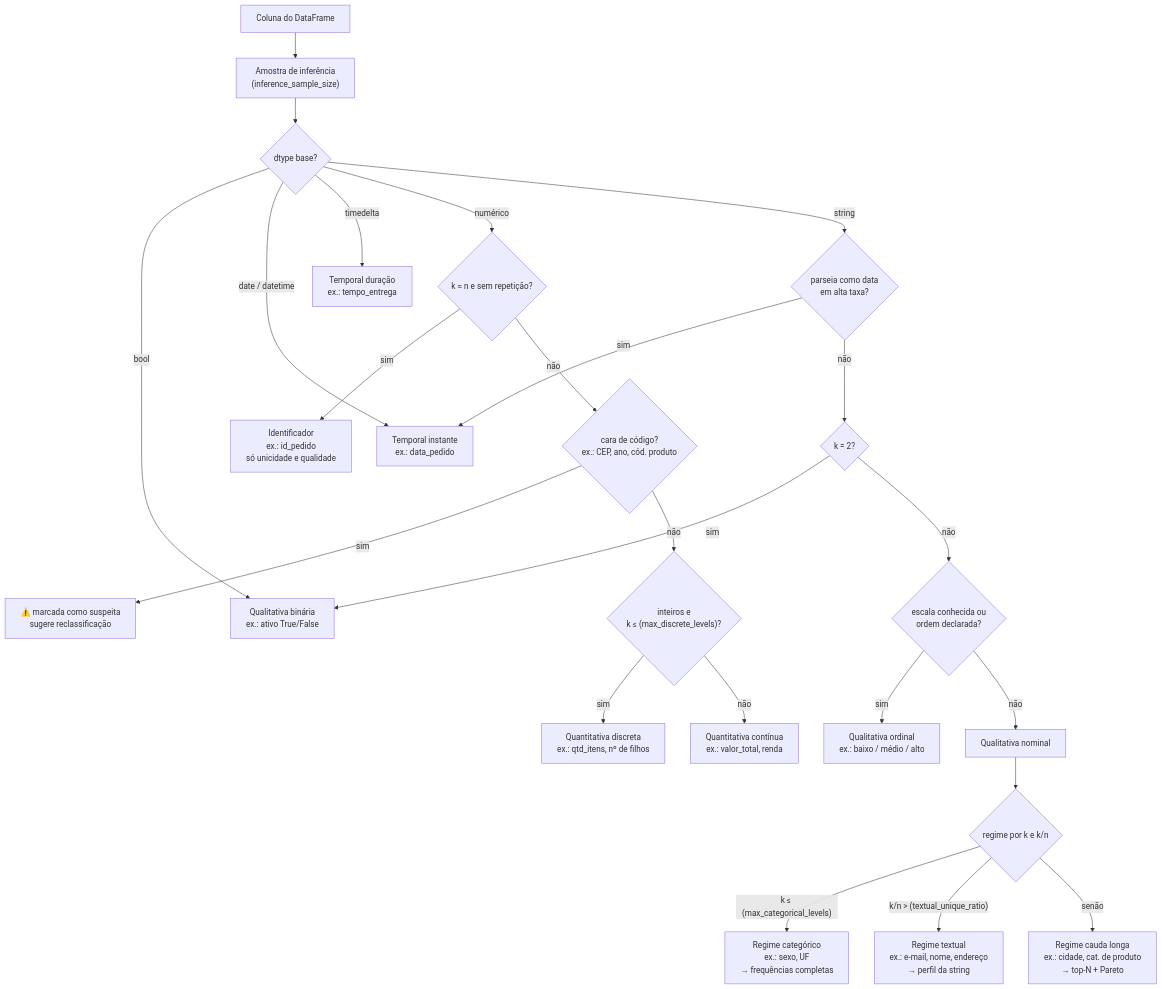
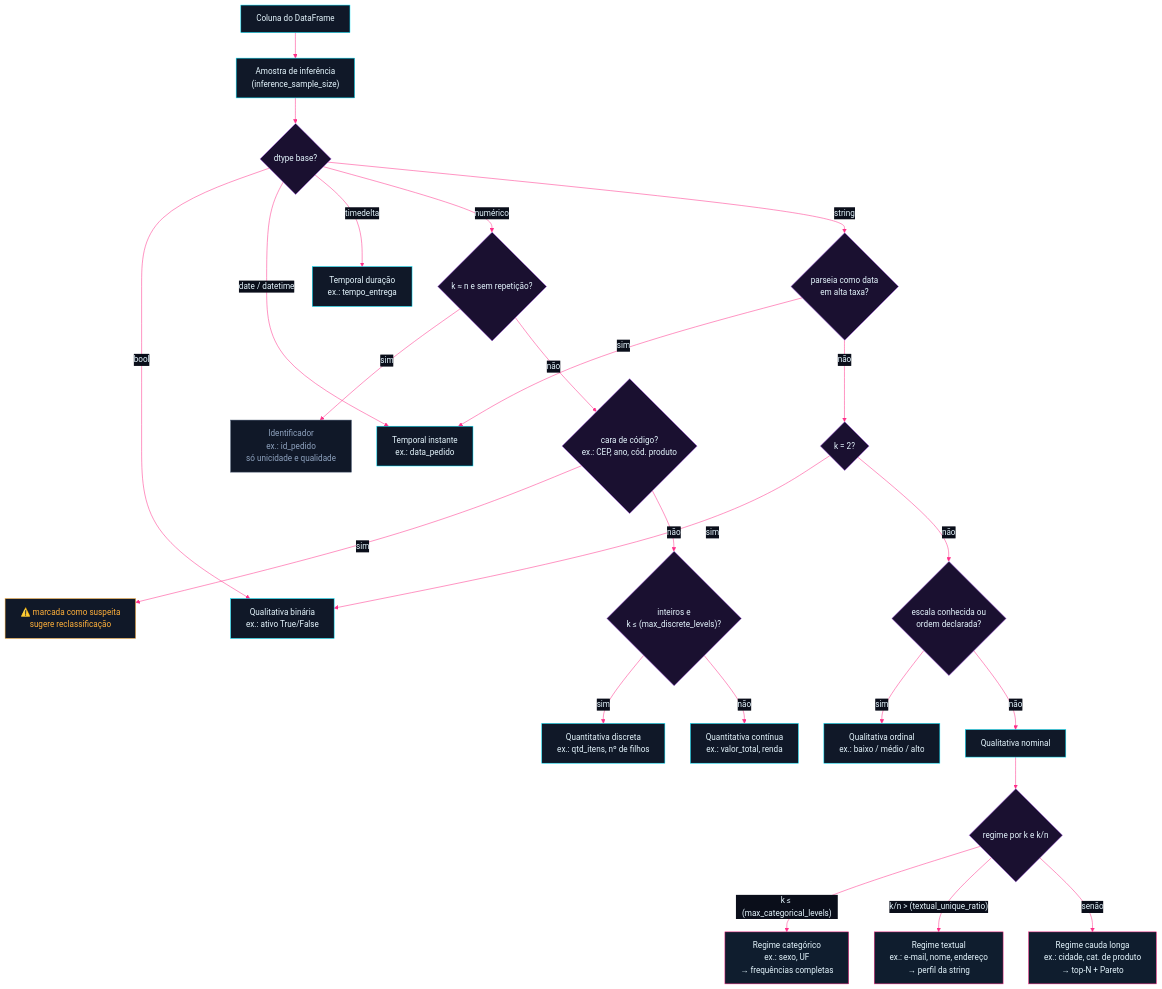
Before and after one commit to SamNKB/maat: the first of 2 diagrams in docs/fluxo-de-analises.md, drawn with Mermaid. The commit also changed other lines of this file and 3 other files, not shown here.

````diff
--- a/docs/fluxo-de-analises.md
+++ b/docs/fluxo-de-analises.md
@@ -13,30 +13,42 @@
 ```mermaid
+%%{init: {'theme':'base','themeVariables':{'primaryColor':'#101828','primaryTextColor':'#E6F7FF','primaryBorderColor':'#00E5FF','lineColor':'#FF2E88','textColor':'#E6F7FF','edgeLabelBackground':'#0A0E1A','fontFamily':'Rajdhani, Segoe UI, sans-serif'}}}%%
 flowchart TD
     A[Coluna do DataFrame] --> S["Amostra de inferência<br/>(inference_sample_size)"]
     S --> B{dtype base?}
 
     B -->|bool| BIN["Qualitativa binária<br/>ex.: ativo True/False"]
     B -->|date / datetime| T1["Temporal instante<br/>ex.: data_pedido"]
     B -->|timedelta| T2["Temporal duração<br/>ex.: tempo_entrega"]
 
     B -->|numérico| N1{"k ≈ n e sem repetição?"}
     N1 -->|sim| ID["Identificador<br/>ex.: id_pedido<br/>só unicidade e qualidade"]
     N1 -->|não| N2{"cara de código?<br/>ex.: CEP, ano, cód. produto"}
     N2 -->|sim| WARN["⚠️ marcada como suspeita<br/>sugere reclassificação"]
     N2 -->|não| N3{"inteiros e<br/>k ≤ (max_discrete_levels)?"}
     N3 -->|sim| DIS["Quantitativa discreta<br/>ex.: qtd_itens, nº de filhos"]
     N3 -->|não| CON["Quantitativa contínua<br/>ex.: valor_total, renda"]
 
     B -->|string| S1{"parseia como data<br/>em alta taxa?"}
     S1 -->|sim| T1
     S1 -->|não| S2{"k = 2?"}
     S2 -->|sim| BIN
     S2 -->|não| S3{"escala conhecida ou<br/>ordem declarada?"}
     S3 -->|sim| ORD["Qualitativa ordinal<br/>ex.: baixo / médio / alto"]
     S3 -->|não| NOM[Qualitativa nominal]
 
     NOM --> R{"regime por k e k/n"}
     R -->|"k ≤ (max_categorical_levels)"| RC["Regime categórico<br/>ex.: sexo, UF<br/>→ frequências completas"]
     R -->|"k/n > (textual_unique_ratio)"| RT["Regime textual<br/>ex.: e-mail, nome, endereço<br/>→ perfil da string"]
     R -->|senão| RL["Regime cauda longa<br/>ex.: cidade, cat. de produto<br/>→ top-N + Pareto"]
+
+    classDef tipo fill:#101828,stroke:#00E5FF,color:#E6F7FF
+    classDef decisao fill:#1A1030,stroke:#9D4EDD,color:#E6F7FF
+    classDef aviso fill:#101828,stroke:#FFB03A,color:#FFB03A
+    classDef neutro fill:#101828,stroke:#3A4A63,color:#8FA3BF
+    classDef regime fill:#0F1D2E,stroke:#FF2E88,color:#E6F7FF
+    class A,S,BIN,T1,T2,DIS,CON,ORD,NOM tipo
+    class B,N1,N2,N3,S1,S2,S3,R decisao
+    class WARN aviso
+    class ID neutro
+    class RC,RT,RL regime
 ```
````
